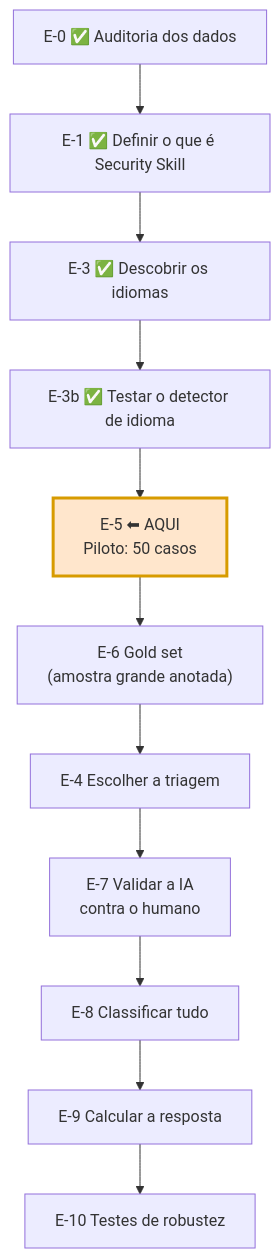
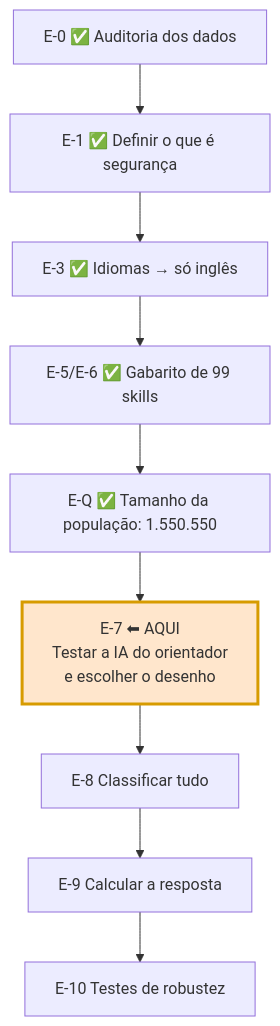
One commit to havillonf/security_skills_analysis changed the third of 3 diagrams in notes/Resumo do Trabalho.md. Above: the diagram before and after it, drawn with Mermaid. The commit also changed other lines of this file and 20 other files, not shown here.

First line of the commit message:
research(q1): gold set de 99 casos com adjudicacao por dois anotadores

````diff
--- a/notes/Resumo do Trabalho.md
+++ b/notes/Resumo do Trabalho.md
@@ -150,15 +152,13 @@
 ```mermaid
 graph TD
-    E0["E-0 ✅ Auditoria dos dados"] --> E1["E-1 ✅ Definir o que é Security Skill"]
-    E1 --> E3["E-3 ✅ Descobrir os idiomas"]
-    E3 --> E3b["E-3b ✅ Testar o detector de idioma"]
-    E3b --> E5["E-5 ⬅ AQUI<br/>Piloto: 50 casos"]
-    E5 --> E6["E-6 Gold set<br/>(amostra grande anotada)"]
-    E6 --> E4["E-4 Escolher a triagem"]
-    E4 --> E7["E-7 Validar a IA<br/>contra o humano"]
+    E0["E-0 ✅ Auditoria dos dados"] --> E1["E-1 ✅ Definir o que é segurança"]
+    E1 --> E3["E-3 ✅ Idiomas → só inglês"]
+    E3 --> E5["E-5/E-6 ✅ Gabarito de 99 skills"]
+    E5 --> EQ["E-Q ✅ Tamanho da população: 1.550.550"]
+    EQ --> E7["E-7 ⬅ AQUI<br/>Testar a IA do orientador<br/>e escolher o desenho"]
     E7 --> E8["E-8 Classificar tudo"]
     E8 --> E9["E-9 Calcular a resposta"]
     E9 --> E10["E-10 Testes de robustez"]
 
-    style E5 fill:#ffe6cc,stroke:#d79b00,stroke-width:3px
+    style E7 fill:#ffe6cc,stroke:#d79b00,stroke-width:3px
 ```
````
